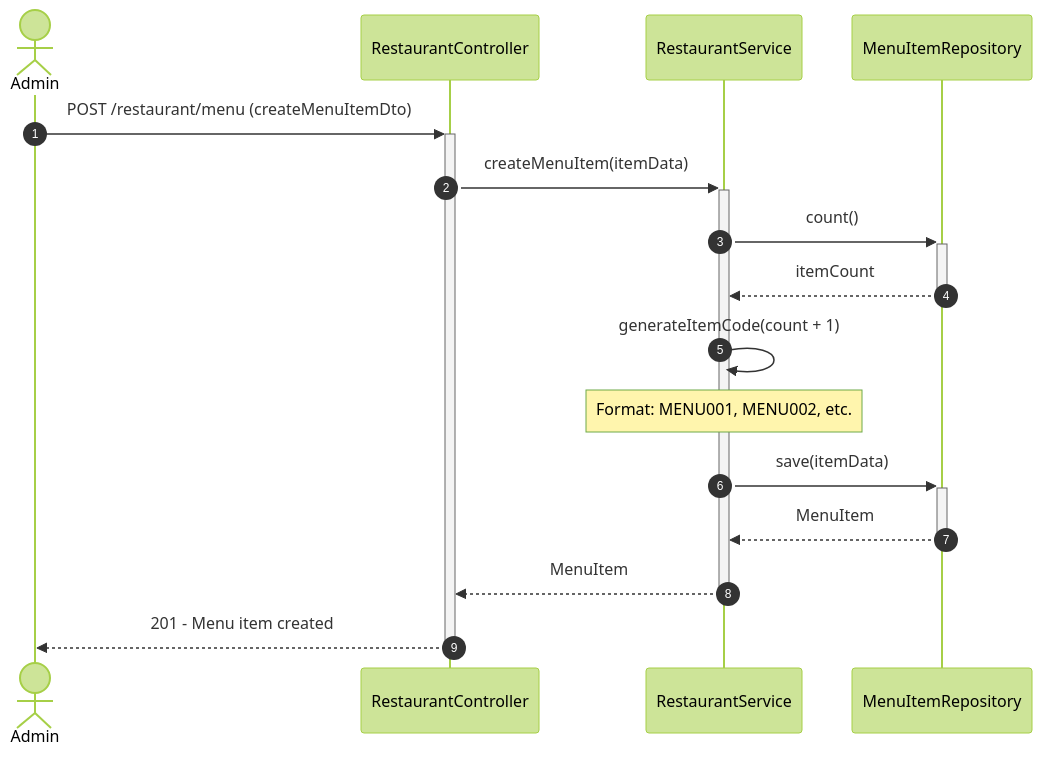
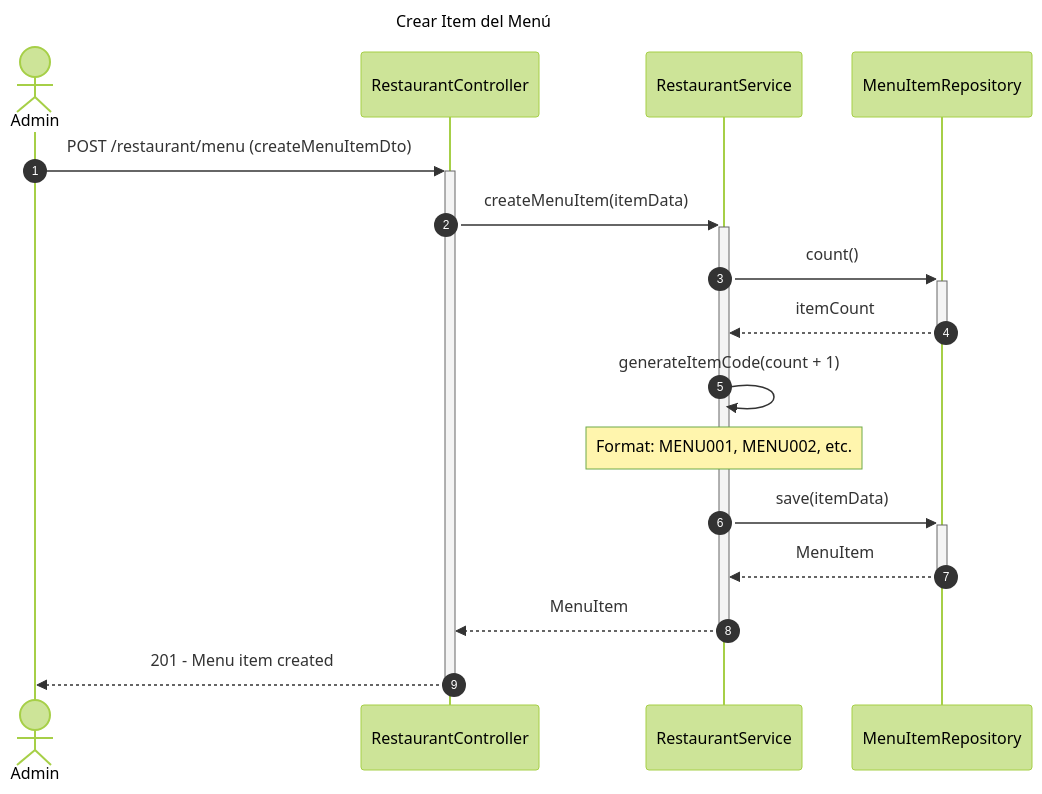
The third of 7 diagrams in diagrams/sequence/restaurant-sequence-diagram.md (Nick220505/hotelier-backend), drawn with Mermaid (forest theme) before and after one commit. The commit also changed other lines of this file and 5 other files, not shown here.

Commit message:
Add titles to sequence diagrams for Billing, Employees, Inventory, Reservations, Restaurant, and Users modules

````diff
--- a/diagrams/sequence/restaurant-sequence-diagram.md
+++ b/diagrams/sequence/restaurant-sequence-diagram.md
@@ -76,23 +82,26 @@
 ```mermaid
+---
+title: Crear Item del Menú
+---
 sequenceDiagram
     autonumber
     actor Admin
     participant Controller as RestaurantController
     participant Service as RestaurantService
     participant MenuRepo as MenuItemRepository
 
     Admin->>+Controller: POST /restaurant/menu (createMenuItemDto)
     Controller->>+Service: createMenuItem(itemData)
     
     Service->>+MenuRepo: count()
     MenuRepo-->>-Service: itemCount
     
     Service->>Service: generateItemCode(count + 1)
     Note over Service: Format: MENU001, MENU002, etc.
     
     Service->>+MenuRepo: save(itemData)
     MenuRepo-->>-Service: MenuItem
     
     Service-->>-Controller: MenuItem
     Controller-->>-Admin: 201 - Menu item created
 ```
````
